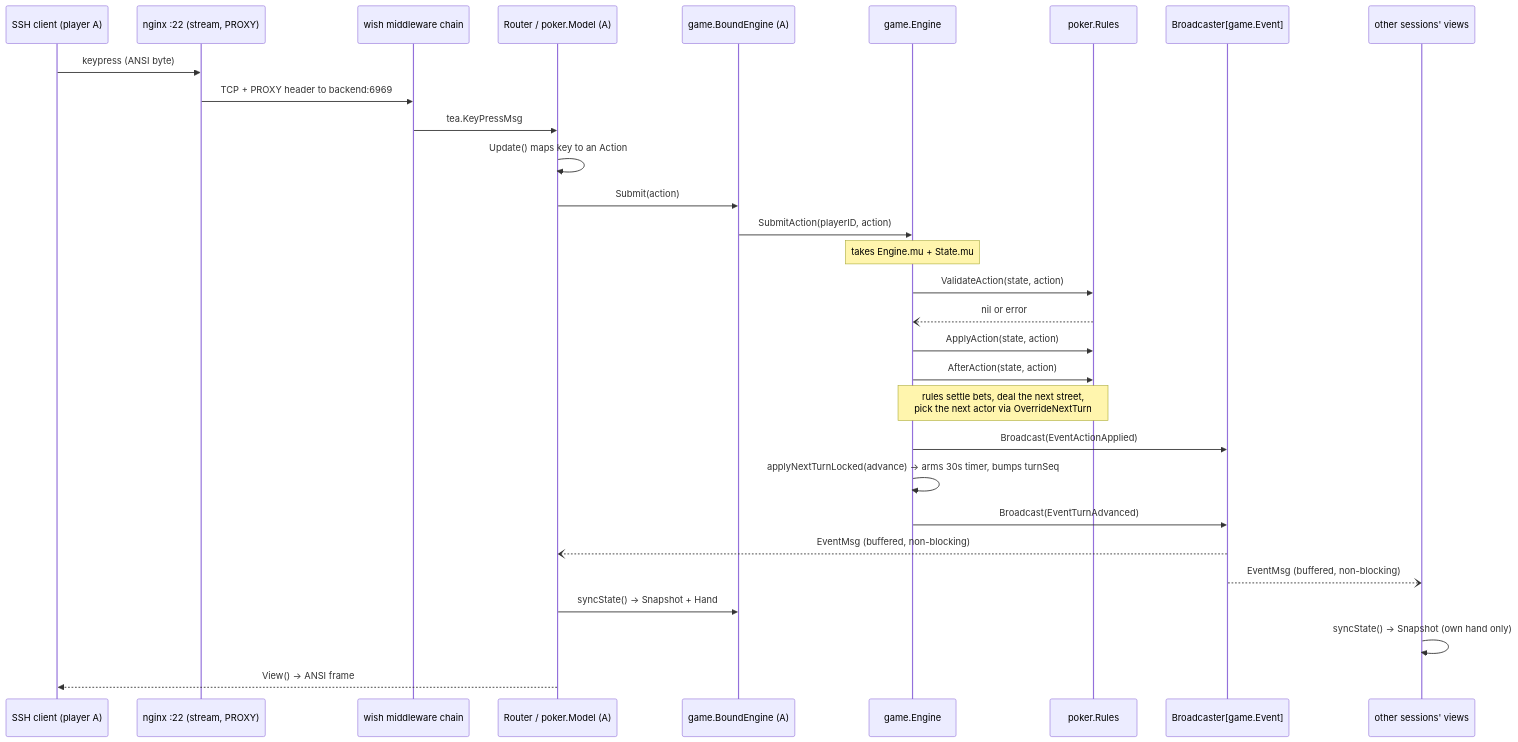
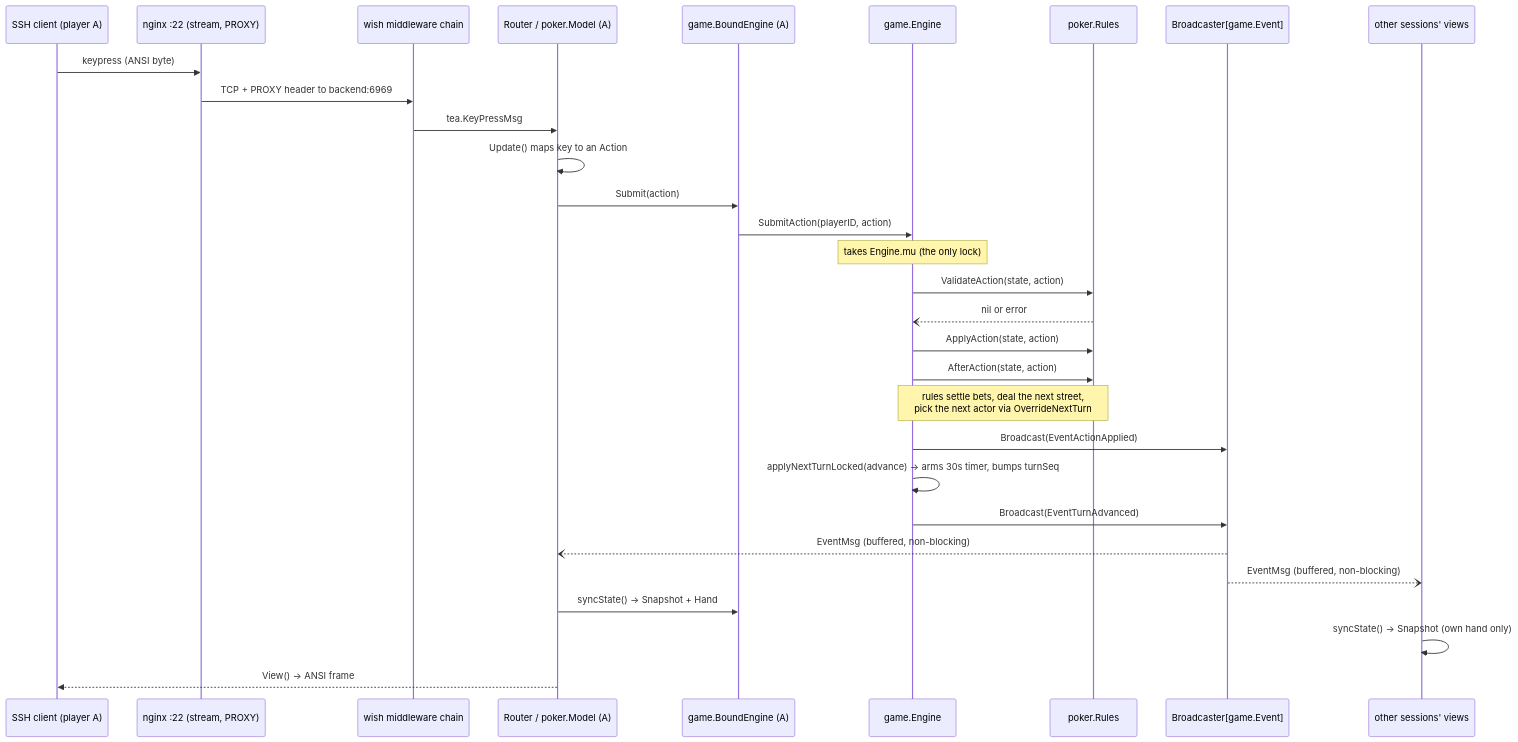
Before and after one commit to Pieczasz/terminal-card: the first of 3 diagrams in ONBOARDING.md, drawn with Mermaid. The commit also changed other lines of this file and 9 other files, not shown here.

````diff
--- a/ONBOARDING.md
+++ b/ONBOARDING.md
@@ -588,33 +599,33 @@
 ```mermaid
 sequenceDiagram
     participant C as SSH client (player A)
     participant N as nginx :22 (stream, PROXY)
     participant W as wish middleware chain
     participant R as Router / poker.Model (A)
     participant BE as game.BoundEngine (A)
     participant E as game.Engine
     participant RU as poker.Rules
     participant B as Broadcaster[game.Event]
     participant O as other sessions' views
 
     C->>N: keypress (ANSI byte)
     N->>W: TCP + PROXY header to backend:6969
     W->>R: tea.KeyPressMsg
     R->>R: Update() maps key to an Action
     R->>BE: Submit(action)
     BE->>E: SubmitAction(playerID, action)
-    Note over E: takes Engine.mu + State.mu
+    Note over E: takes Engine.mu (the only lock)
     E->>RU: ValidateAction(state, action)
     RU--)E: nil or error
     E->>RU: ApplyAction(state, action)
     E->>RU: AfterAction(state, action)
     Note over E,RU: rules settle bets, deal the next street,<br/>pick the next actor via OverrideNextTurn
     E->>B: Broadcast(EventActionApplied)
     E->>E: applyNextTurnLocked(advance) → arms 30s timer, bumps turnSeq
     E->>B: Broadcast(EventTurnAdvanced)
     B--)R: EventMsg (buffered, non-blocking)
     B--)O: EventMsg (buffered, non-blocking)
     R->>BE: syncState() → Snapshot + Hand
     O->>O: syncState() → Snapshot (own hand only)
     R-->>C: View() → ANSI frame
 ```
````
